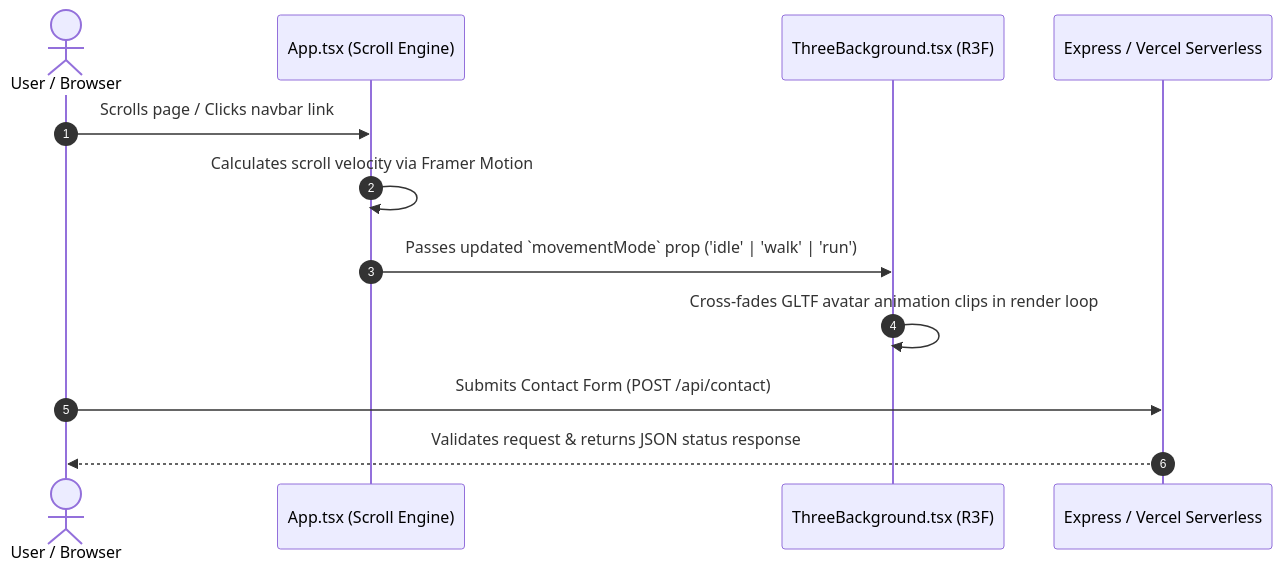
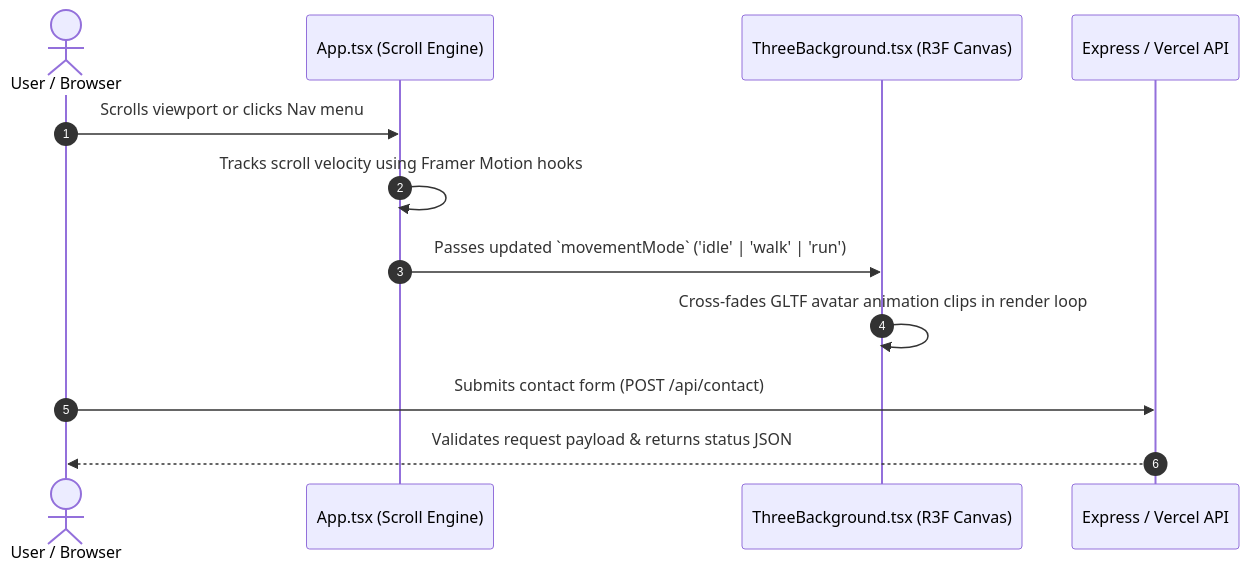
Before and after one commit to rastkshitij/kshitijportfolio: the diagram in README.md, drawn with Mermaid. The commit also changed other lines of this file, not shown here.

````diff
--- a/README.md
+++ b/README.md
@@ -113,15 +137,15 @@
 ```mermaid
 sequenceDiagram
     autonumber
     actor User as User / Browser
     participant App as App.tsx (Scroll Engine)
-    participant Three as ThreeBackground.tsx (R3F)
-    participant API as Express / Vercel Serverless
+    participant R3F as ThreeBackground.tsx (R3F Canvas)
+    participant API as Express / Vercel API
 
-    User->>App: Scrolls page / Clicks navbar link
-    App->>App: Calculates scroll velocity via Framer Motion
-    App->>Three: Passes updated `movementMode` prop ('idle' | 'walk' | 'run')
-    Three->>Three: Cross-fades GLTF avatar animation clips in render loop
-    User->>API: Submits Contact Form (POST /api/contact)
-    API-->>User: Validates request & returns JSON status response
+    User->>App: Scrolls viewport or clicks Nav menu
+    App->>App: Tracks scroll velocity using Framer Motion hooks
+    App->>R3F: Passes updated `movementMode` ('idle' | 'walk' | 'run')
+    R3F->>R3F: Cross-fades GLTF avatar animation clips in render loop
+    User->>API: Submits contact form (POST /api/contact)
+    API-->>User: Validates request payload & returns status JSON
 ```
````
